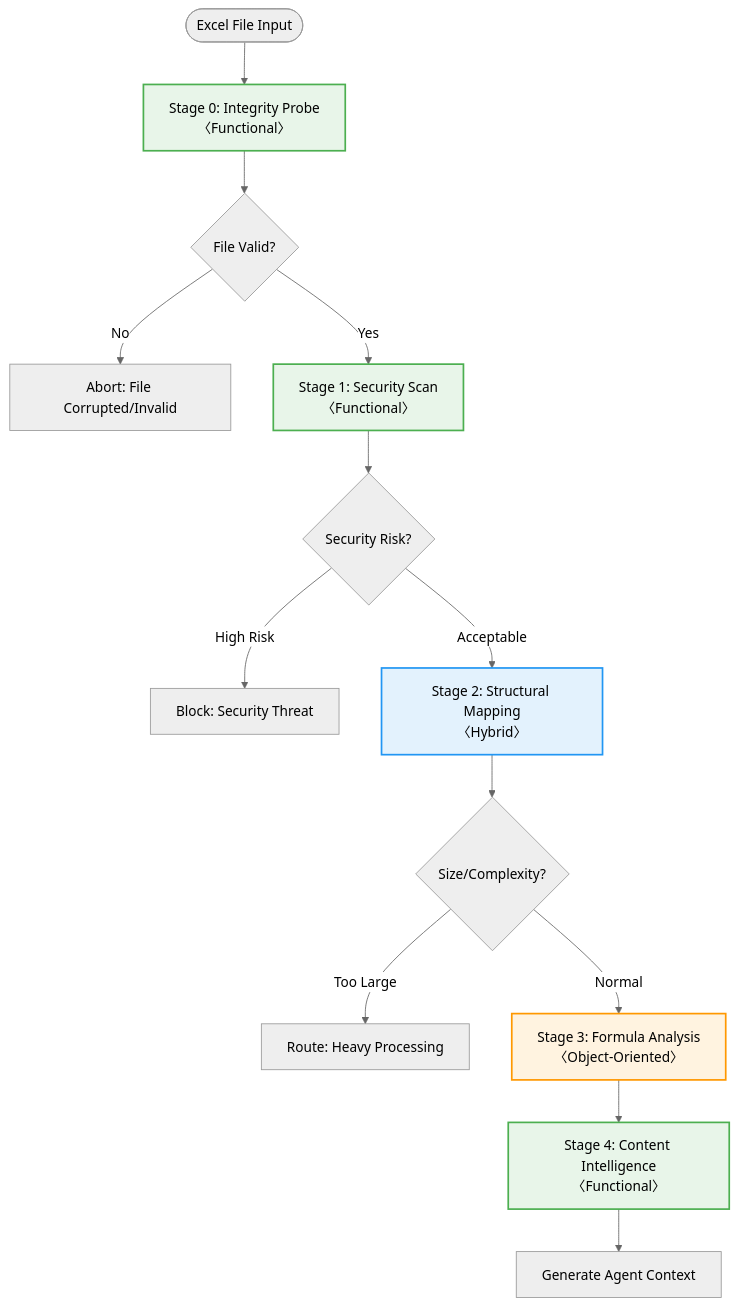
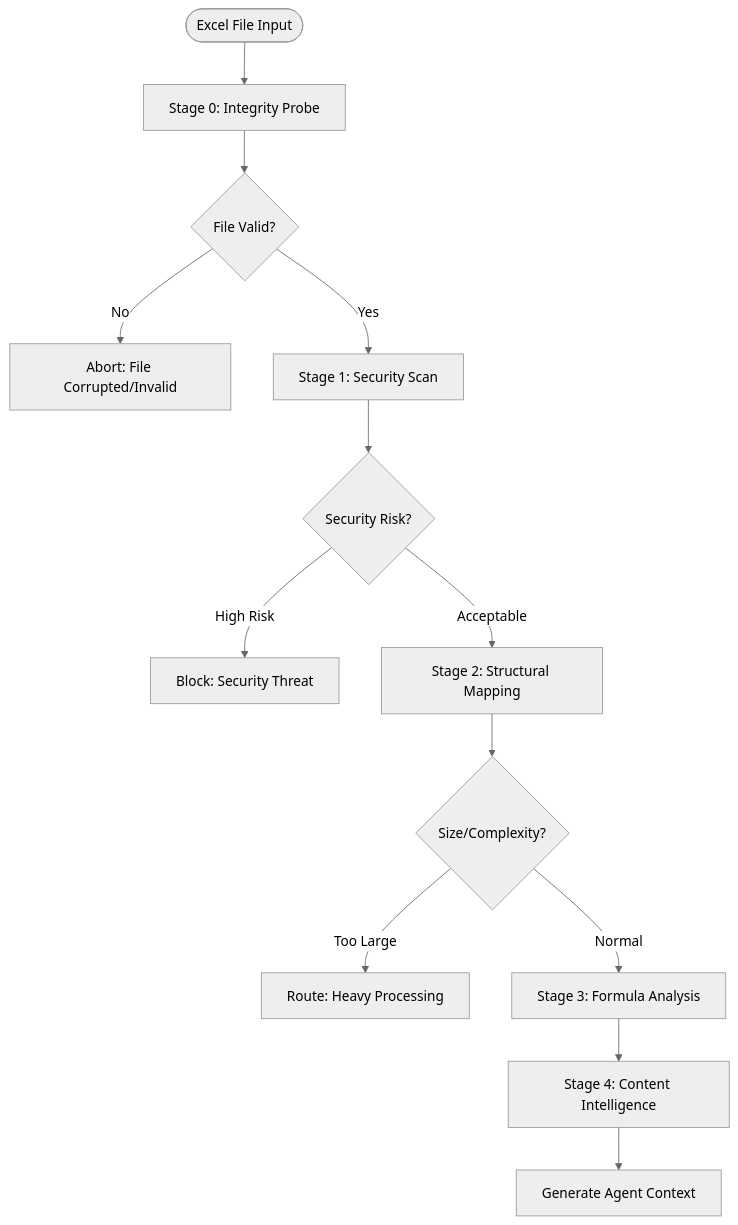
The diagram in docs/design/deterministic-analysis-pipeline.md (cheickmec/spreadsheet-analyzer), drawn with Mermaid (neutral theme) before and after one commit. The commit also changed other lines of this file, not shown here.

First line of the commit message:
docs: Enhance deterministic analysis pipeline documentation

````diff
--- a/docs/design/deterministic-analysis-pipeline.md
+++ b/docs/design/deterministic-analysis-pipeline.md
@@ -48,27 +48,19 @@
 ```mermaid
 flowchart TD
-    START([Excel File Input]) --> STAGE0[Stage 0: Integrity Probe<br/>〈Functional〉]
+    START([Excel File Input]) --> STAGE0[Stage 0: Integrity Probe]
     
     STAGE0 --> CHECK0{File Valid?}
     CHECK0 -->|No| ABORT[Abort: File Corrupted/Invalid]
-    CHECK0 -->|Yes| STAGE1[Stage 1: Security Scan<br/>〈Functional〉]
+    CHECK0 -->|Yes| STAGE1[Stage 1: Security Scan]
     
     STAGE1 --> CHECK1{Security Risk?}
     CHECK1 -->|High Risk| BLOCK[Block: Security Threat]
-    CHECK1 -->|Acceptable| STAGE2[Stage 2: Structural Mapping<br/>〈Hybrid〉]
+    CHECK1 -->|Acceptable| STAGE2[Stage 2: Structural Mapping]
     
     STAGE2 --> CHECK2{Size/Complexity?}
     CHECK2 -->|Too Large| ROUTE[Route: Heavy Processing]
-    CHECK2 -->|Normal| STAGE3[Stage 3: Formula Analysis<br/>〈Object-Oriented〉]
+    CHECK2 -->|Normal| STAGE3[Stage 3: Formula Analysis]
     
-    STAGE3 --> STAGE4[Stage 4: Content Intelligence<br/>〈Functional〉]
+    STAGE3 --> STAGE4[Stage 4: Content Intelligence]
     STAGE4 --> COMPLETE[Generate Agent Context]
-    
-    classDef functional fill:#e8f5e9,stroke:#4caf50,stroke-width:2px
-    classDef oop fill:#fff3e0,stroke:#ff9800,stroke-width:2px
-    classDef hybrid fill:#e3f2fd,stroke:#2196f3,stroke-width:2px
-    
-    class STAGE0,STAGE1,STAGE4 functional
-    class STAGE3 oop
-    class STAGE2 hybrid
 ```
````
